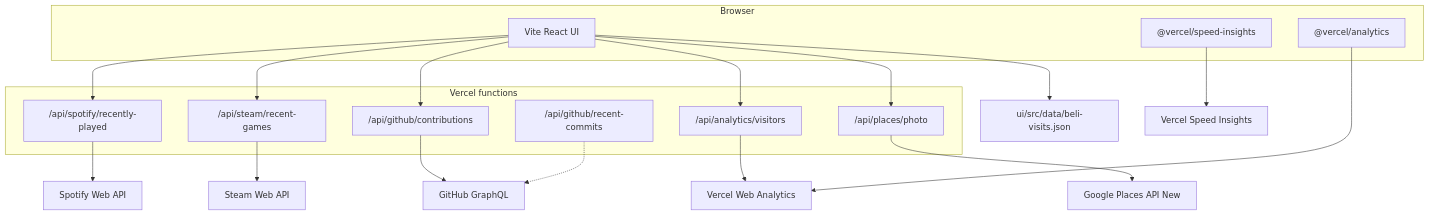
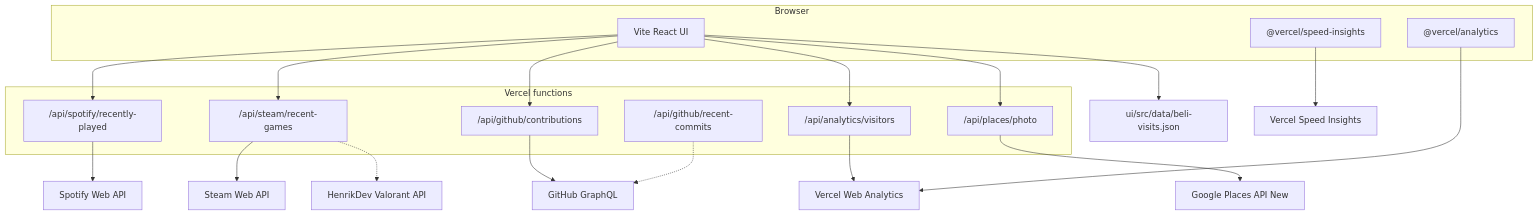
The first of 3 diagrams in README.md (DeveshKrishan/deveshkrishan.github.io), drawn with Mermaid before and after one commit. The commit also changed other lines of this file and 14 other files, not shown here.

First line of the commit message:
feat: merge Valorant into recent games via HenrikDev

````diff
--- a/README.md
+++ b/README.md
@@ -16,29 +16,30 @@
 ```mermaid
 flowchart TB
   subgraph browser [Browser]
     UI[Vite React UI]
     Analytics["@vercel/analytics"]
     Speed["@vercel/speed-insights"]
   end
 
   subgraph vercelFns [Vercel functions]
     SpotifyAPI["/api/spotify/recently-played"]
     SteamAPI["/api/steam/recent-games"]
     GithubHeatmap["/api/github/contributions"]
     GithubCommits["/api/github/recent-commits"]
     VisitorsAPI["/api/analytics/visitors"]
     PlacesAPI["/api/places/photo"]
   end
 
   BeliJSON["ui/src/data/beli-visits.json"]
 
   UI --> SpotifyAPI --> Spotify[Spotify Web API]
   UI --> SteamAPI --> Steam[Steam Web API]
+  SteamAPI -.-> HenrikDev[HenrikDev Valorant API]
   UI --> GithubHeatmap --> GitHub[GitHub GraphQL]
   GithubCommits -.-> GitHub
   UI --> VisitorsAPI --> VercelAnalytics[Vercel Web Analytics]
   UI --> BeliJSON
   UI --> PlacesAPI --> Places[Google Places API New]
   Analytics --> VercelAnalytics
   Speed --> VercelSpeed[Vercel Speed Insights]
 ```
````
